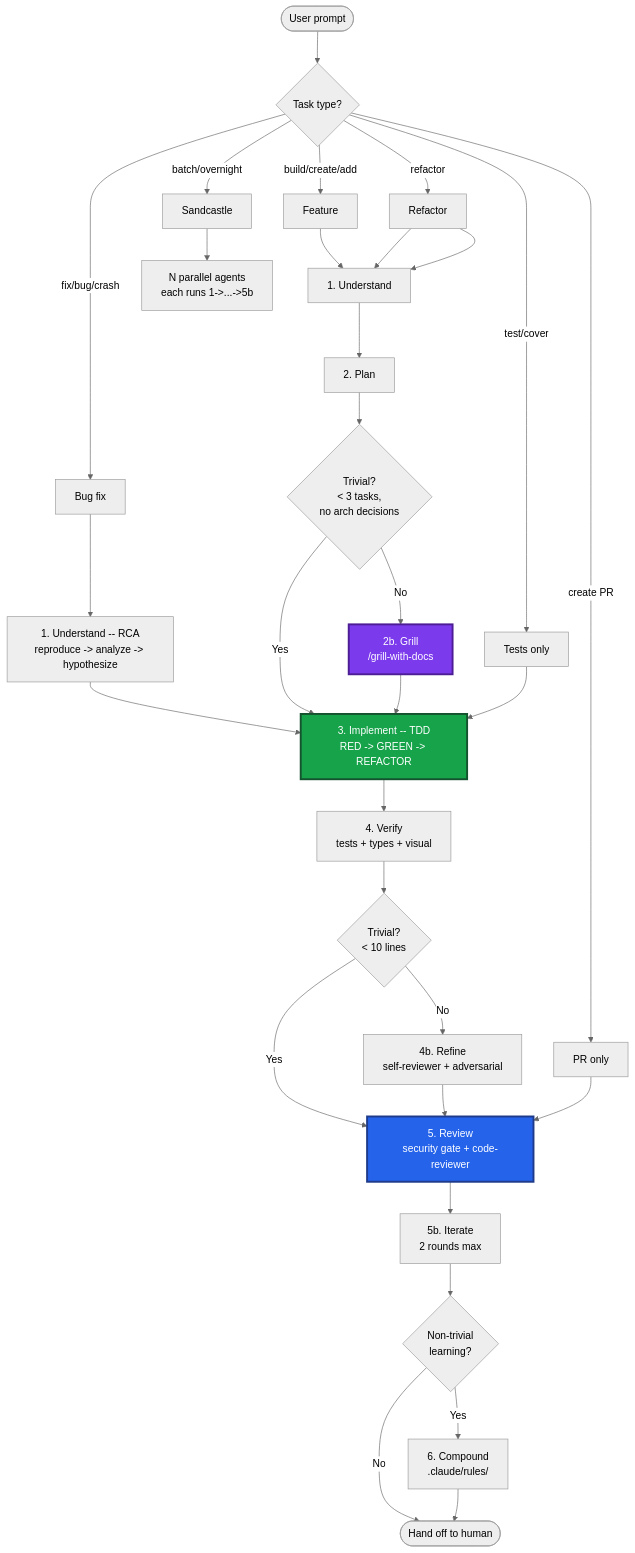
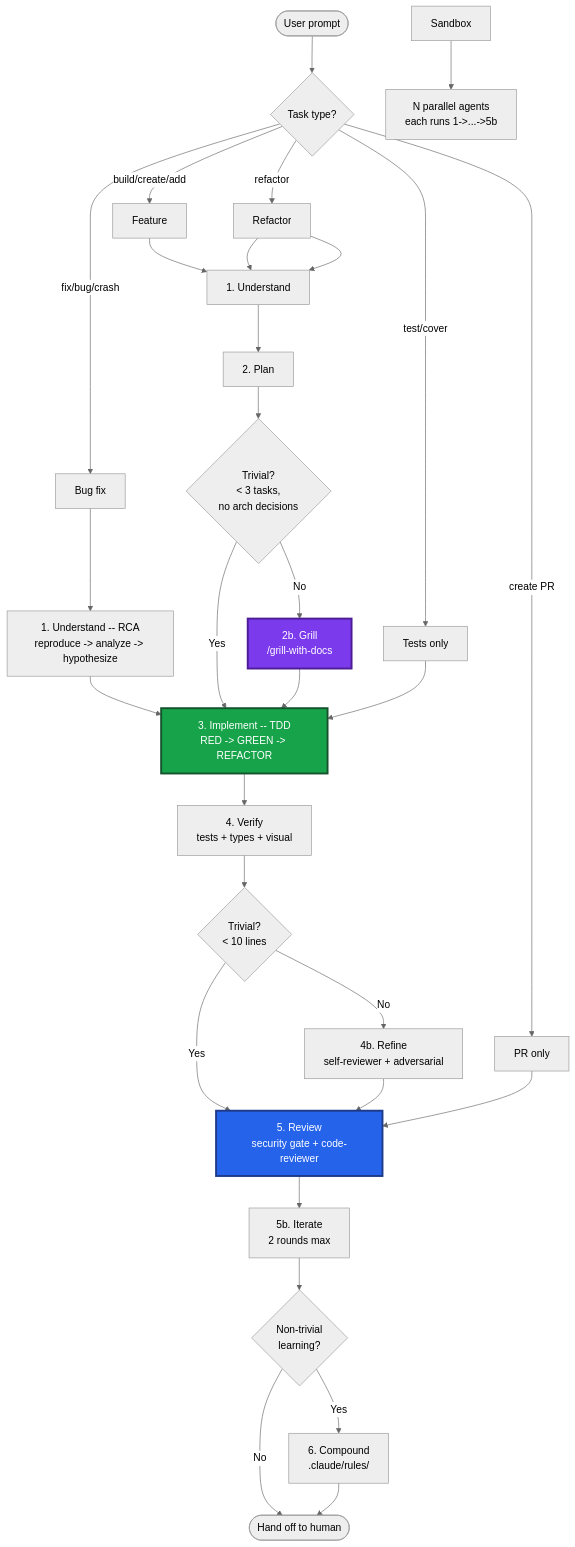
Before and after one commit to malinskibeniamin/skills: the first of 2 diagrams in development-lifecycle/REFERENCE.md, drawn with Mermaid (neutral theme). The commit also changed other lines of this file and 11 other files, not shown here.

````diff
--- a/development-lifecycle/REFERENCE.md
+++ b/development-lifecycle/REFERENCE.md
@@ -5,48 +5,47 @@
 ```mermaid
 flowchart TD
     Start([User prompt]) --> Detect{Task type?}
 
     Detect -->|"build/create/add"| Feature[Feature]
     Detect -->|"fix/bug/crash"| Bug[Bug fix]
     Detect -->|"refactor"| Refactor[Refactor]
     Detect -->|"test/cover"| TestOnly[Tests only]
     Detect -->|"create PR"| PROnly[PR only]
-    Detect -->|"batch/overnight"| Sandbox[Sandcastle]
 
     Feature --> P1[1. Understand]
     Bug --> P1_RCA[1. Understand -- RCA<br/>reproduce -> analyze -> hypothesize]
     Refactor --> P1
 
     P1 --> P2[2. Plan]
     P1_RCA --> P3
 
     P2 --> Trivial{Trivial?<br/>< 3 tasks,<br/>no arch decisions}
     Trivial -->|No| Grill[2b. Grill<br/>/grill-with-docs]
     Trivial -->|Yes| P3
     Grill --> P3
 
     TestOnly --> P3
     P3[3. Implement -- TDD<br/>RED -> GREEN -> REFACTOR]
 
     P3 --> P4[4. Verify<br/>tests + types + visual]
     P4 --> SmallDiff{Trivial?<br/>< 10 lines}
     SmallDiff -->|No| P4b[4b. Refine<br/>self-reviewer + adversarial]
     SmallDiff -->|Yes| P5
     P4b --> P5
 
     PROnly --> P5
     Refactor --> P1
 
     P5[5. Review<br/>security gate + code-reviewer]
     P5 --> P5b[5b. Iterate<br/>2 rounds max]
     P5b --> Learn{Non-trivial<br/>learning?}
     Learn -->|Yes| P6[6. Compound<br/>.claude/rules/]
     Learn -->|No| Done([Hand off to human])
     P6 --> Done
 
     Sandbox --> Parallel[N parallel agents<br/>each runs 1->...->5b]
 
     style P3 fill:#16a34a,stroke:#14532d,stroke-width:3px,color:#fff
     style Grill fill:#7c3aed,stroke:#4c1d95,stroke-width:3px,color:#fff
     style P5 fill:#2563eb,stroke:#1e3a8a,stroke-width:3px,color:#fff
 ```
````
